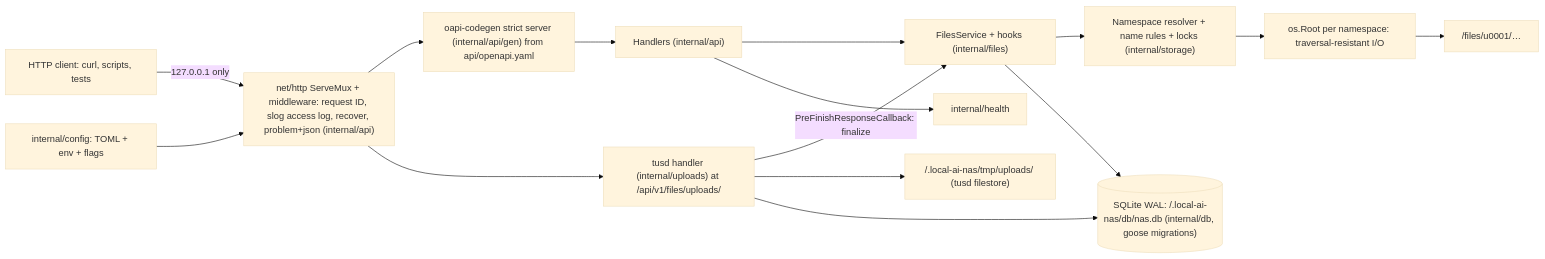
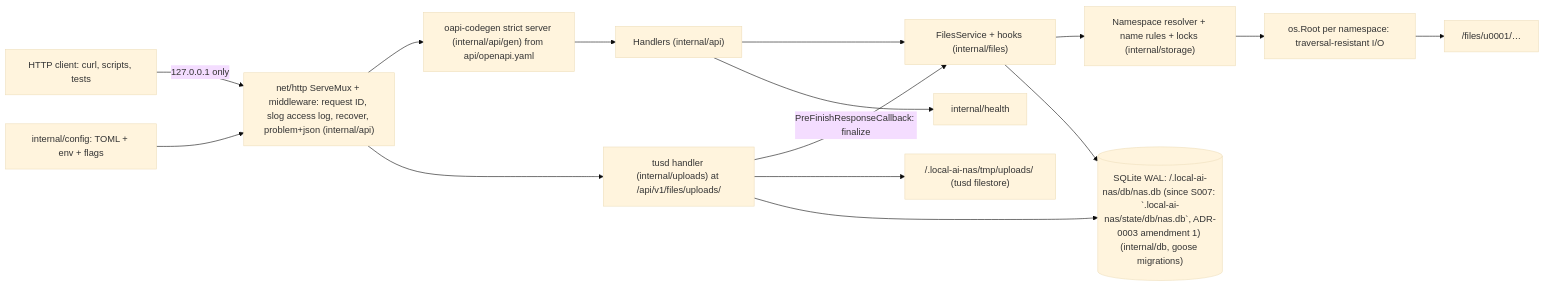
One commit to KhizirFarrukh/local-ai-nas changed the diagram in code-agent-docs/stages/S01-basic-nas.md. Above: the diagram before and after it, drawn with Mermaid (base theme). The commit also changed other lines of this file and 44 other files, not shown here.

````diff
--- a/code-agent-docs/stages/S01-basic-nas.md
+++ b/code-agent-docs/stages/S01-basic-nas.md
@@ -77,17 +77,17 @@
 ```mermaid
 flowchart LR
     CLIENT["HTTP client: curl, scripts, tests"] -->|"127.0.0.1 only"| MUX["net/http ServeMux + middleware: request ID, slog access log, recover, problem+json (internal/api)"]
     MUX --> GEN["oapi-codegen strict server (internal/api/gen) from api/openapi.yaml"]
     GEN --> H["Handlers (internal/api)"]
     MUX --> TUS["tusd handler (internal/uploads) at /api/v1/files/uploads/"]
     H --> SVC["FilesService + hooks (internal/files)"]
     TUS -->|"PreFinishResponseCallback: finalize"| SVC
     SVC --> RES["Namespace resolver + name rules + locks (internal/storage)"]
     RES --> ROOT["os.Root per namespace: traversal-resistant I/O"]
     ROOT --> FILES["<root>/files/u0001/…"]
     TUS --> TMP["<root>/.local-ai-nas/tmp/uploads/ (tusd filestore)"]
     H --> HEALTH["internal/health"]
-    SVC --> DB[("SQLite WAL: <root>/.local-ai-nas/db/nas.db (internal/db, goose migrations)")]
+    SVC --> DB[("SQLite WAL: <root>/.local-ai-nas/db/nas.db (since S007: `.local-ai-nas/state/db/nas.db`, ADR-0003 amendment 1) (internal/db, goose migrations)")]
     TUS --> DB
     CFG["internal/config: TOML + env + flags"] --> MUX
 ```
````
